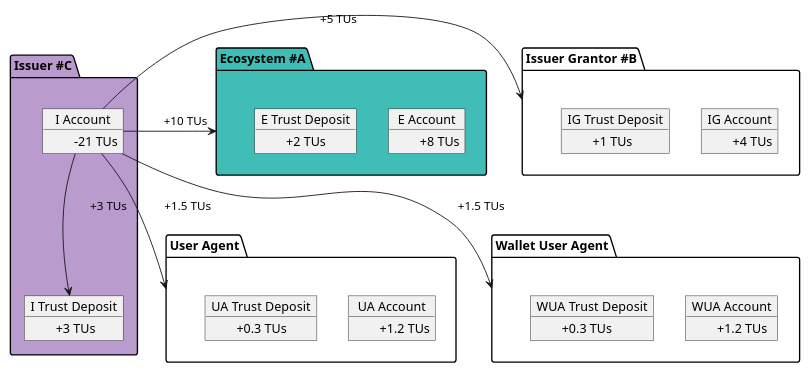
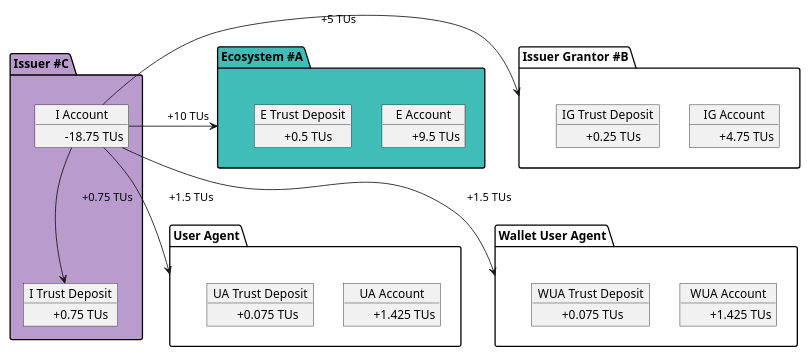
One commit to verana-labs/verana-docs changed the second of 3 diagrams in docs/learn/verifiable-public-registry/70-credential-monetization.md. Above: the diagram before and after it, drawn with PlantUML. The commit also changed other lines of this file and 7 other files, not shown here.

````diff
--- a/docs/learn/verifiable-public-registry/70-credential-monetization.md
+++ b/docs/learn/verifiable-public-registry/70-credential-monetization.md
@@ -88,65 +88,65 @@
 ```plantuml
 
 @startuml
 scale max 800 width
  
 
 package "Ecosystem #A" as tr #3fbdb6 {
     object "E Account" as tra {
-         \t+8 TUs
+         \t+9.5 TUs
     }
     object "E Trust Deposit" as trtd {
-         \t+2 TUs
+         \t+0.5 TUs
     }
 }
 
 package "Issuer Grantor #B" as ig {
     object "IG Account" as iga {
-        \t+4 TUs
+        \t+4.75 TUs
     }
     object "IG Trust Deposit" as igtd {
-        \t+1 TUs
+        \t+0.25 TUs
     }
 }
 package "Issuer #C" as issuer #b99bce {
     object "I Account" as issuera {
-         \t-21 TUs
+         \t-18.75 TUs
     }
     object "I Trust Deposit" as issuertd {
-         \t+3 TUs
+         \t+0.75 TUs
     }
 
 }
 
 package "User Agent" as ua {
     object "UA Account" as uaa {
-         \t+1.2 TUs
+         \t+1.425 TUs
     }
     object "UA Trust Deposit" as uatd {
-        \t+0.3 TUs
+        \t+0.075 TUs
     }
 
 }
 package "Wallet User Agent" as wua {
     object "WUA Account" as wuaa {
-         \t+1.2 TUs
+         \t+1.425 TUs
     }
     object "WUA Trust Deposit" as wuatd {
-        \t+0.3 TUs
+        \t+0.075 TUs
     }
 
 }
 
 issuera -r-> tr: \t+10 TUs
 
 issuera -r-> ig: \t+5 TUs
 
 issuera -d-> ua: \t+1.5 TUs
 
 issuera -d-> wua: \t+1.5 TUs
 
-issuera --> issuertd:  \t+3 TUs
+issuera --> issuertd:  \t+0.75 TUs
 
 @enduml
 
 ```
````
